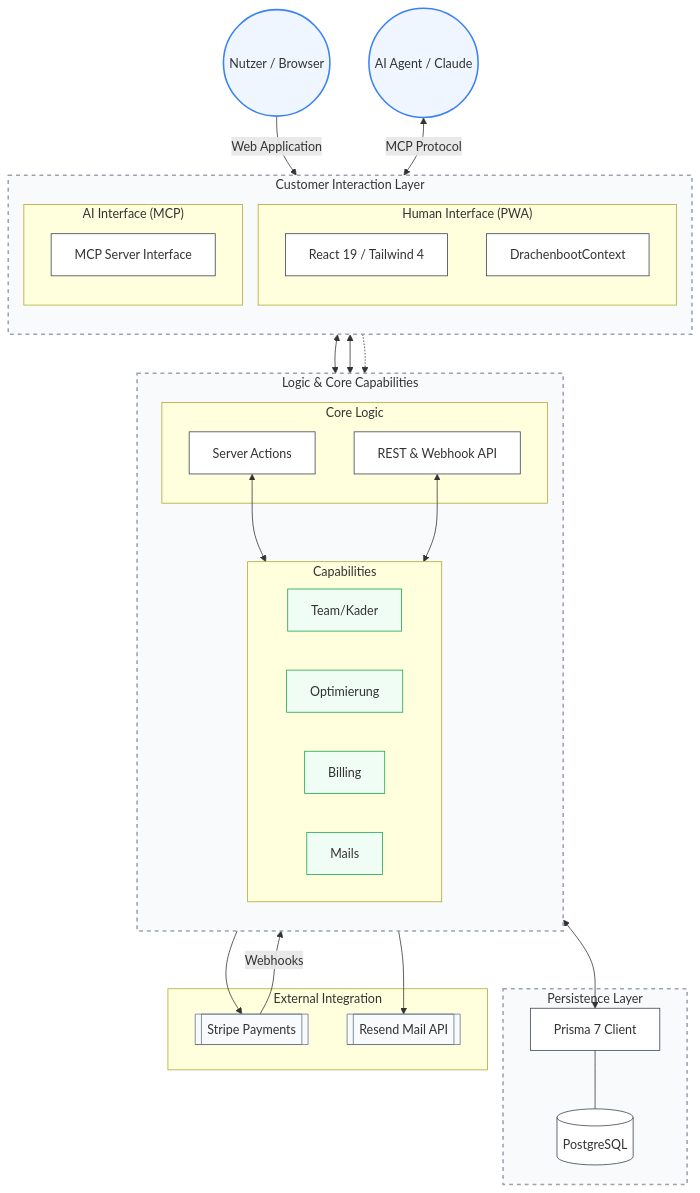
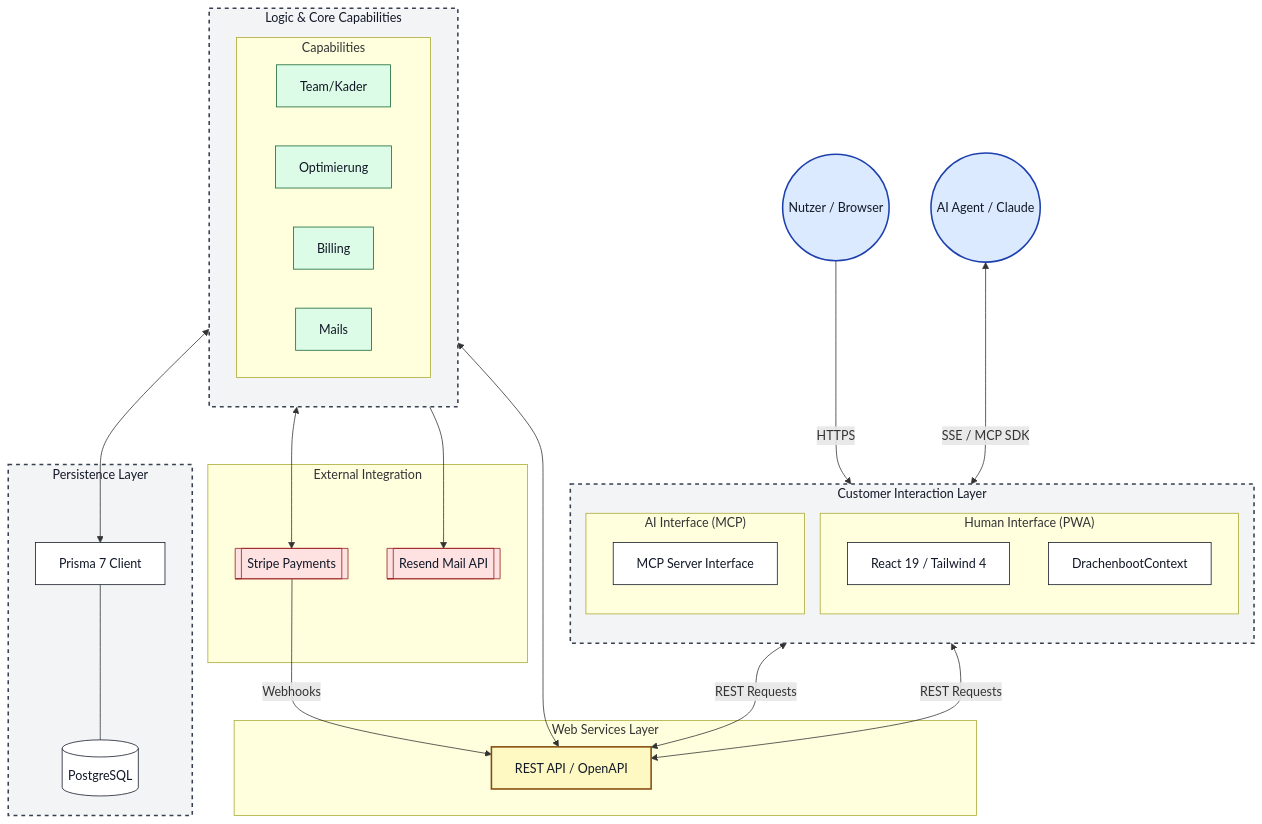
One commit to janhartje/dragonboatmanager changed the diagram in README.md. Above: the diagram before and after it, drawn with Mermaid. The commit also changed other lines of this file, not shown here.

Commit message:
docs: architecture diagram with REST pattern and high-contrast colors

````diff
--- a/README.md
+++ b/README.md
@@ -51,75 +51,80 @@
 ```mermaid
 flowchart TB
     %% Entry Points
     User((Nutzer / Browser))
     AI_Agent((AI Agent / Claude))
 
     %% Customer Interaction Layer
     subgraph Interaction ["Customer Interaction Layer"]
         direction TB
         subgraph PWA ["Human Interface (PWA)"]
             UI[React 19 / Tailwind 4]
             State[DrachenbootContext]
         end
         subgraph MCP ["AI Interface (MCP)"]
             MCP_Server[MCP Server Interface]
         end
     end
 
+    %% Web Services Layer (Central API)
+    subgraph API ["Web Services Layer"]
+        API_Routes[REST API / OpenAPI]
+    end
+
     %% Logic & Capability Layer
     subgraph Logic ["Logic & Core Capabilities"]
         direction TB
-        subgraph Func ["Core Logic"]
-            ServerActions[Server Actions]
-            API_Routes[REST & Webhook API]
-        end
         subgraph Caps ["Capabilities"]
             C1[Team/Kader]
             C2[Optimierung]
             C3[Billing]
             C4[Mails]
         end
     end
 
     %% Persistence Layer
     subgraph Data ["Persistence Layer"]
         Prisma[Prisma 7 Client]
         Postgres[(PostgreSQL)]
         Prisma --- Postgres
     end
 
     %% External Services
     subgraph External ["External Integration"]
         Stripe[[Stripe Payments]]
         Resend[[Resend Mail API]]
     end
 
     %% Connections
-    User -->|Web Application| UI
-    AI_Agent <-->|MCP Protocol| MCP_Server
+    User -->|HTTPS| UI
+    AI_Agent <-->|SSE / MCP SDK| MCP_Server
     
-    UI <--> ServerActions
-    MCP_Server <--> ServerActions
-    MCP_Server -.-> API_Routes
+    %% Both use REST
+    UI <-->|REST Requests| API_Routes
+    MCP_Server <-->|REST Requests| API_Routes
     
-    ServerActions <--> Caps
     API_Routes <--> Caps
-    
     Caps <--> Prisma
     
-    ServerActions --> Stripe
+    Caps <--> Stripe
     Stripe -- "Webhooks" --> API_Routes
     Caps --> Resend
     
-    %% Styling (Professional Monochrome Palette with Blue Accents)
-    classDef default fill:#ffffff,stroke:#374151,stroke-width:1px;
-    classDef layer fill:#f9fafb,stroke:#9ca3af,stroke-width:2px,stroke-dasharray: 5 5;
-    classDef actor fill:#eff6ff,stroke:#3b82f6,stroke-width:2px;
-    classDef external fill:#f8fafc,stroke:#64748b,stroke-width:1px;
-    classDef capability fill:#f0fdf4,stroke:#16a34a,stroke-width:1px;
+    %% Styling (High Contrast Professional Theme)
+    %% Backgrounds: Solid white or very light grey
+    %% Text: Always dark grey/black (#1a1a1a)
+    %% Borders: Distinct and slightly thicker
+    
+    classDef default fill:#ffffff,stroke:#111827,stroke-width:1px,color:#111827;
+    classDef layer fill:#f3f4f6,stroke:#374151,stroke-width:2px,stroke-dasharray: 5 5,color:#111827;
+    classDef actor fill:#dbeafe,stroke:#1e40af,stroke-width:2px,color:#111827;
+    classDef external fill:#fee2e2,stroke:#991b1b,stroke-width:1px,color:#111827;
+    classDef capability fill:#dcfce7,stroke:#166534,stroke-width:1px,color:#111827;
+    classDef api fill:#fef9c3,stroke:#854d0e,stroke-width:2px,color:#111827;
 
     class Interaction,Logic,Data layer;
     class User,AI_Agent actor;
     class Stripe,Resend external;
     class C1,C2,C3,C4 capability;
+    class API_Routes api;
 ```
````
